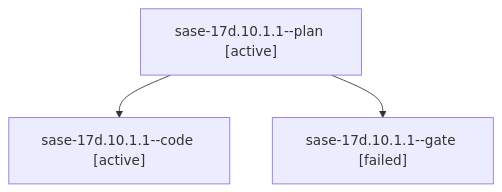
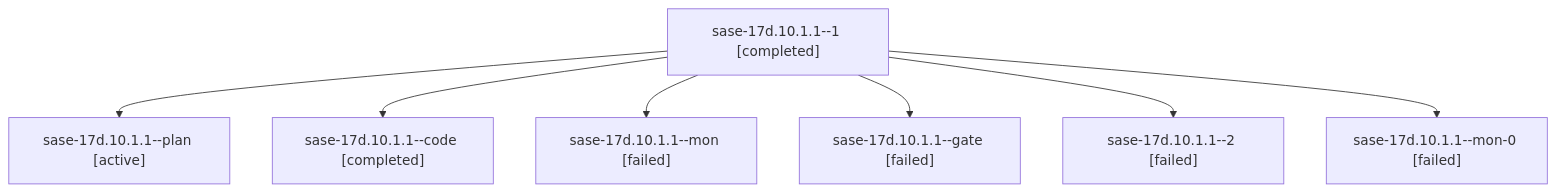
Before and after one commit to sase-org/sase--agents: the diagram in families/bbugyi200.athena.sase-17d.10.1.1.md, drawn with Mermaid. The commit also changed other lines of this file and 35830 other files, not shown here.

````diff
--- a/families/bbugyi200.athena.sase-17d.10.1.1.md
+++ b/families/bbugyi200.athena.sase-17d.10.1.1.md
@@ -9,8 +9,16 @@
 ```mermaid
 flowchart TD
-  n0["sase-17d.10.1.1--plan [active]"]
-  n1["sase-17d.10.1.1--code [active]"]
+  n0["sase-17d.10.1.1--1 [completed]"]
+  n1["sase-17d.10.1.1--plan [active]"]
   n0 --> n1
-  n2["sase-17d.10.1.1--gate [failed]"]
+  n2["sase-17d.10.1.1--code [completed]"]
   n0 --> n2
+  n3["sase-17d.10.1.1--mon [failed]"]
+  n0 --> n3
+  n4["sase-17d.10.1.1--gate [failed]"]
+  n0 --> n4
+  n5["sase-17d.10.1.1--2 [failed]"]
+  n0 --> n5
+  n6["sase-17d.10.1.1--mon-0 [failed]"]
+  n0 --> n6
 ```
````
